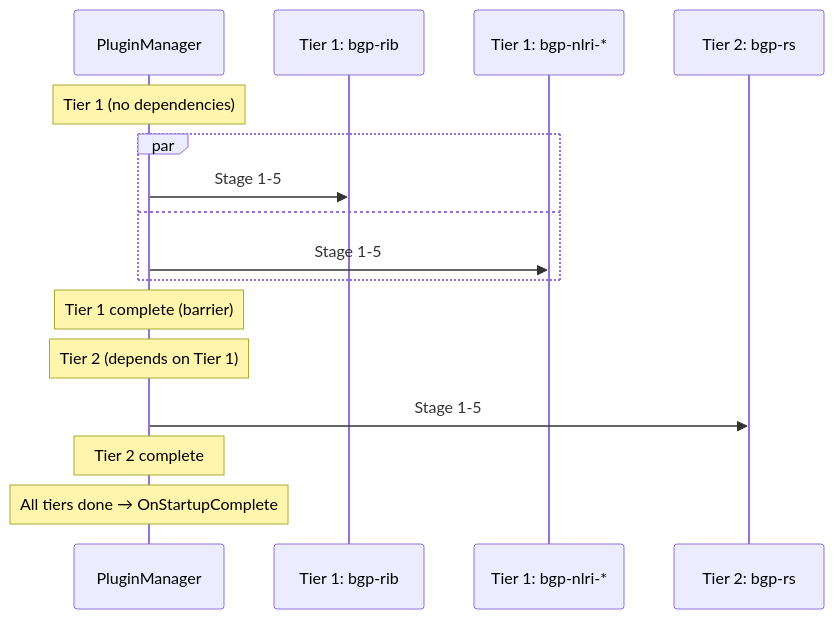
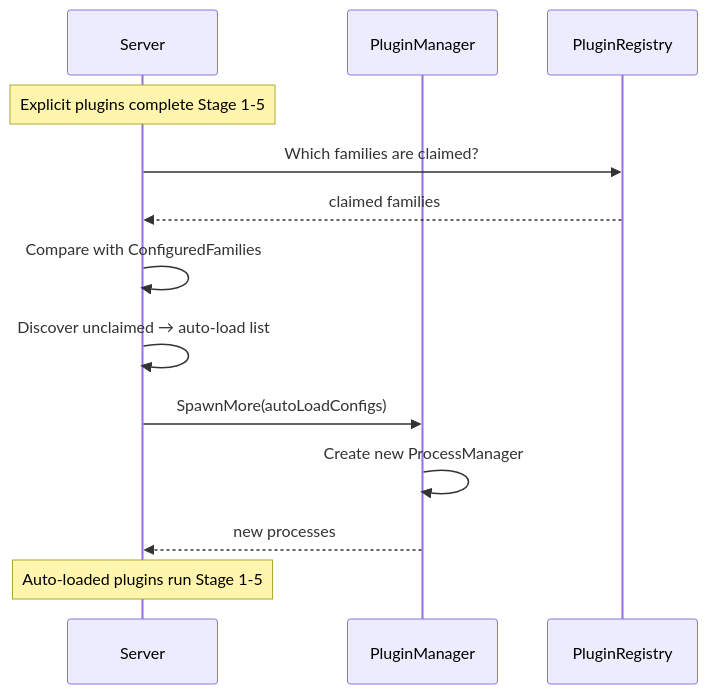
Before and after one commit to ze-software/ze: the third of 3 diagrams in docs/architecture/plugin-manager-wiring.md, drawn with Mermaid. The commit also changed other lines of this file and 1 other file, not shown here.

Commit message:
spec: rewrite arch-9 with two-phase startup (spawn vs handshake)

````diff
--- a/docs/architecture/plugin-manager-wiring.md
+++ b/docs/architecture/plugin-manager-wiring.md
@@ -206,21 +114,18 @@
 ```mermaid
 sequenceDiagram
+    participant S as Server
     participant PM as PluginManager
-    participant T1P1 as Tier 1: bgp-rib
-    participant T1P2 as Tier 1: bgp-nlri-*
-    participant T2P1 as Tier 2: bgp-rs
+    participant REG as PluginRegistry
 
-    Note over PM: Tier 1 (no dependencies)
-    par
-        PM->>T1P1: Stage 1-5
-    and
-        PM->>T1P2: Stage 1-5
-    end
-    Note over PM: Tier 1 complete (barrier)
+    Note over S: Explicit plugins complete Stage 1-5
+    S->>REG: Which families are claimed?
+    REG-->>S: claimed families
+    S->>S: Compare with ConfiguredFamilies
+    S->>S: Discover unclaimed → auto-load list
 
-    Note over PM: Tier 2 (depends on Tier 1)
-    PM->>T2P1: Stage 1-5
-    Note over PM: Tier 2 complete
+    S->>PM: SpawnMore(autoLoadConfigs)
+    PM->>PM: Create new ProcessManager
+    PM-->>S: new processes
 
-    Note over PM: All tiers done → OnStartupComplete
+    Note over S: Auto-loaded plugins run Stage 1-5
 ```
````
